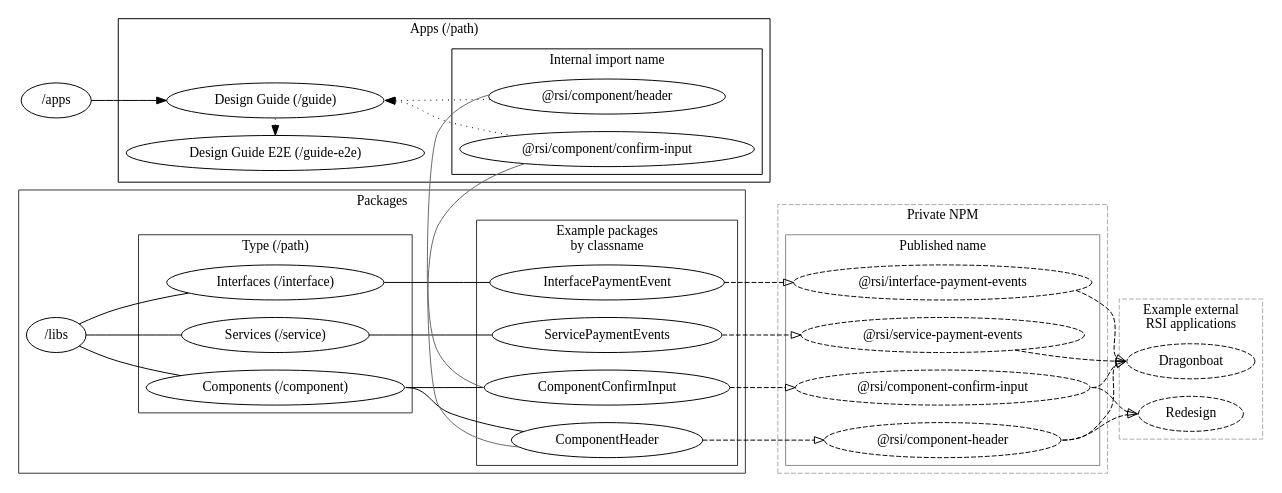
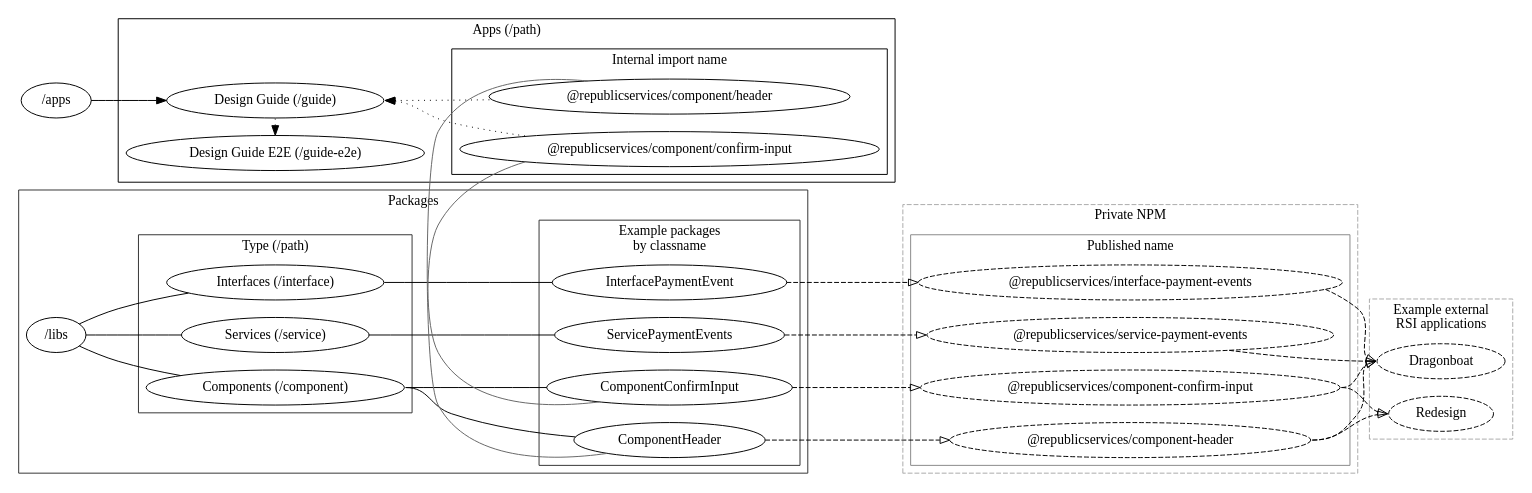
The diagram in docs/erd.dot (RepublicServicesRepository/tslint-config), drawn with Graphviz before and after one commit. The commit also changed 8 other files, not shown here.

```diff
--- a/docs/erd.dot
+++ b/docs/erd.dot
@@ -1,111 +1,111 @@
 strict digraph {
   // label="Project Structure"
   labelloc=t
   concentrate=true
   graph [
     newrank=true
     ranker="tight-tree"
     rankdir=LR
     overlap="prism"
   ]
 
   subgraph clusterPackages {
     label="Packages"
     edge [dir=none];
     color="#333333"
 
     subgraph clusterTypes {
       label="Type (/path)"
       rank=same
       component [label="Components (/component)"]
       service [label="Services (/service)"]
       interface [label="Interfaces (/interface)"]
     }
 
     subgraph clusterExamples {
       label="Example packages\nby classname"
       rank=same
 
       ComponentHeader
       ComponentConfirmInput
       ServicePaymentEvents
       InterfacePaymentEvent
     }
 
     "/libs"->{component, service, interface}
     component:e->{ComponentHeader, ComponentConfirmInput}
     service->{ServicePaymentEvents}
     interface->{InterfacePaymentEvent}
   }
 
   subgraph clusterPrivate {
     label="Private NPM"
     color="#aaaaaa"
     style=dashed
 
     subgraph clusterNpm {
       label="Published name"
       style=solid; color="#888888"
       edge [style=dashed, arrowhead=o]
       node [style=dashed]
       rank=same
 
-      sPaymentEvents [label="@rsi/service-payment-events"]
+      sPaymentEvents [label="@republicservices/service-payment-events"]
       ServicePaymentEvents->sPaymentEvents
 
-      iPaymentEvents [label="@rsi/interface-payment-events"]
+      iPaymentEvents [label="@republicservices/interface-payment-events"]
       InterfacePaymentEvent->iPaymentEvents
 
-      cHeader [label="@rsi/component-header"]
+      cHeader [label="@republicservices/component-header"]
       ComponentHeader->cHeader
 
-      cConfirmInput [label="@rsi/component-confirm-input"]
+      cConfirmInput [label="@republicservices/component-confirm-input"]
       ComponentConfirmInput->cConfirmInput
     }
   }
 
   subgraph clusterExternal {
     label="Example external\nRSI applications"
     style=dashed; color="#aaaaaa"
     node [style=dashed]
     edge [style=dashed, arrowhead=o]
     rank=same
 
     cConfirmInput:e,iPaymentEvents,sPaymentEvents->Dragonboat:w
     cConfirmInput:e,cHeader:e->Dragonboat:w,Redesign:w
   }
 
   subgraph clusterApps {
     label="Apps (/path)"
     edge [dir=back, style=dotted, arrowhead=o]
 
     subgraph {
       rank=same
       guide [label="Design Guide (/guide)"]
       e2e [label="Design Guide E2E (/guide-e2e)"]
     }
 
     subgraph clusterRequire {
       label="Internal import name"
       edge [color="#666666", dir=none, style=solid]
 
-      rHeader [label="@rsi/component/header"]
+      rHeader [label="@republicservices/component/header"]
       rHeader->ComponentHeader
-      rConfirmInput [label="@rsi/component/confirm-input"]
+      rConfirmInput [label="@republicservices/component/confirm-input"]
       rConfirmInput->ComponentConfirmInput
     }
 
     e2e->guide
     guide:e->rHeader,rConfirmInput
   }
 
   "/apps"->guide
 
   subgraph {
     rank=same;
     ComponentConfirmInput
     ComponentHeader
     rHeader
     rConfirmInput
   }
 }
```
